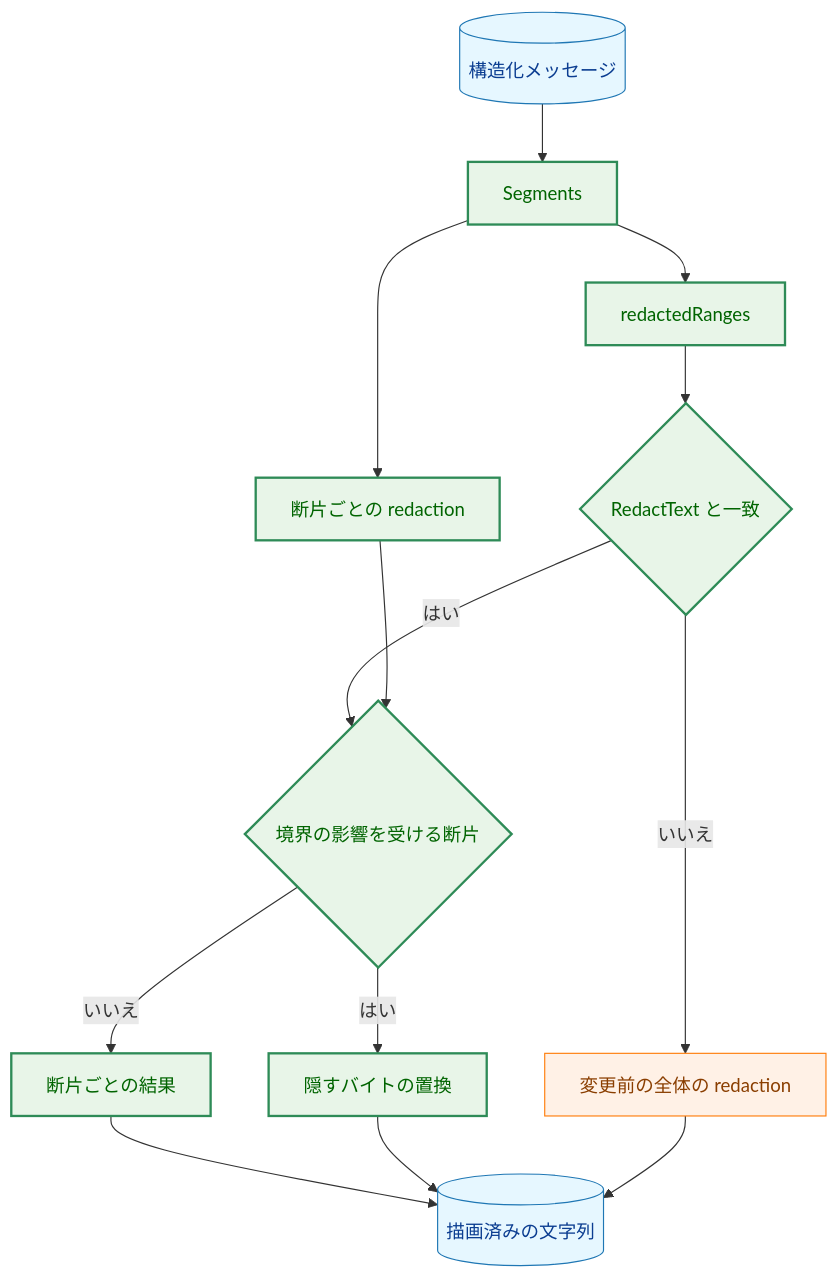
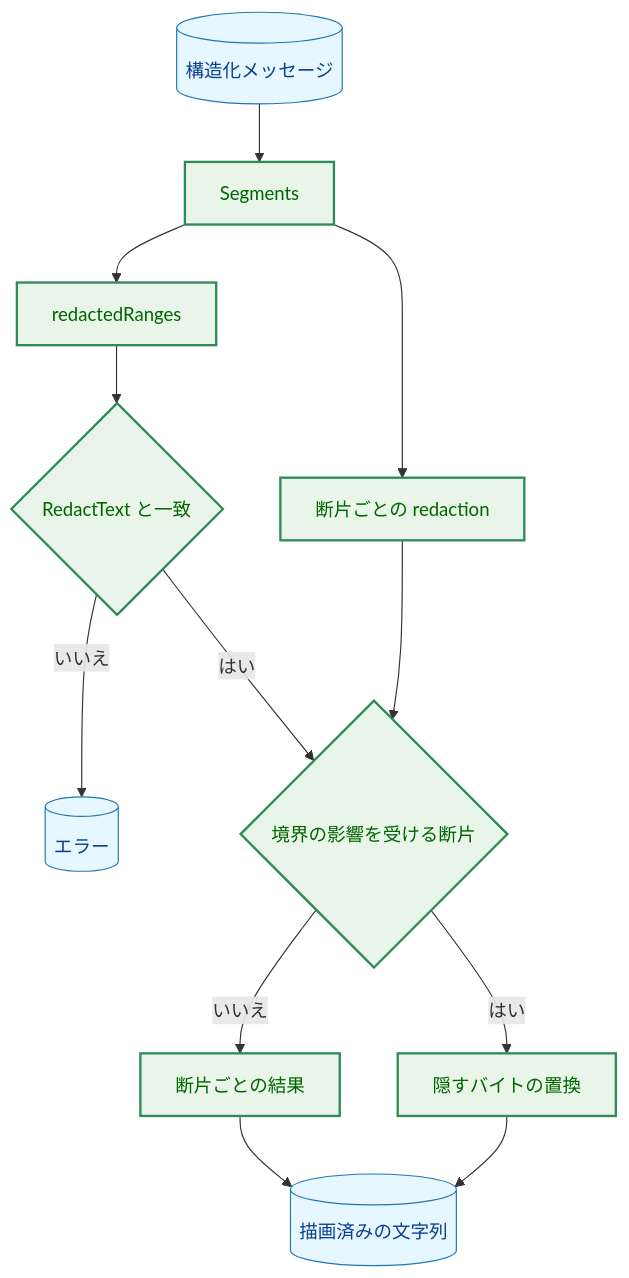
The seventh of 7 diagrams in docs/tasks/0178_structured_error_message_redaction/02_architecture.md (isseis/go-safe-cmd-runner), drawn with Mermaid before and after one commit. The commit also changed other lines of this file, not shown here.

````diff
--- a/docs/tasks/0178_structured_error_message_redaction/02_architecture.md
+++ b/docs/tasks/0178_structured_error_message_redaction/02_architecture.md
@@ -869,34 +871,31 @@
 ```mermaid
 flowchart TD
     classDef data fill:#e6f7ff,stroke:#1f77b4,stroke-width:1px,color:#0b3d91;
     classDef enhanced fill:#e8f5e8,stroke:#2e8b57,stroke-width:2px,color:#006400;
-    classDef process fill:#fff1e6,stroke:#ff7f0e,stroke-width:1px,color:#8a3e00;
 
     IN[("構造化メッセージ")]
     FL["Segments"]
     PP["断片ごとの redaction"]
     WH["redactedRanges"]
     VC{"RedactText と一致"}
-    LG["変更前の全体の redaction"]
+    ERR[("エラー")]
     CK{"境界の影響を受ける断片"}
     KEEP["断片ごとの結果"]
     MASK["隠すバイトの置換"]
     OUT[("描画済みの文字列")]
 
     IN --> FL
     FL --> PP
     FL --> WH
     WH --> VC
-    VC -->|"いいえ"| LG
+    VC -->|"いいえ"| ERR
     VC -->|"はい"| CK
     PP --> CK
     CK -->|"いいえ"| KEEP
     CK -->|"はい"| MASK
     KEEP --> OUT
     MASK --> OUT
-    LG --> OUT
 
-    class IN,OUT data
+    class IN,OUT,ERR data
     class FL,PP,WH,VC,CK,KEEP,MASK enhanced
-    class LG process
 ```
````
